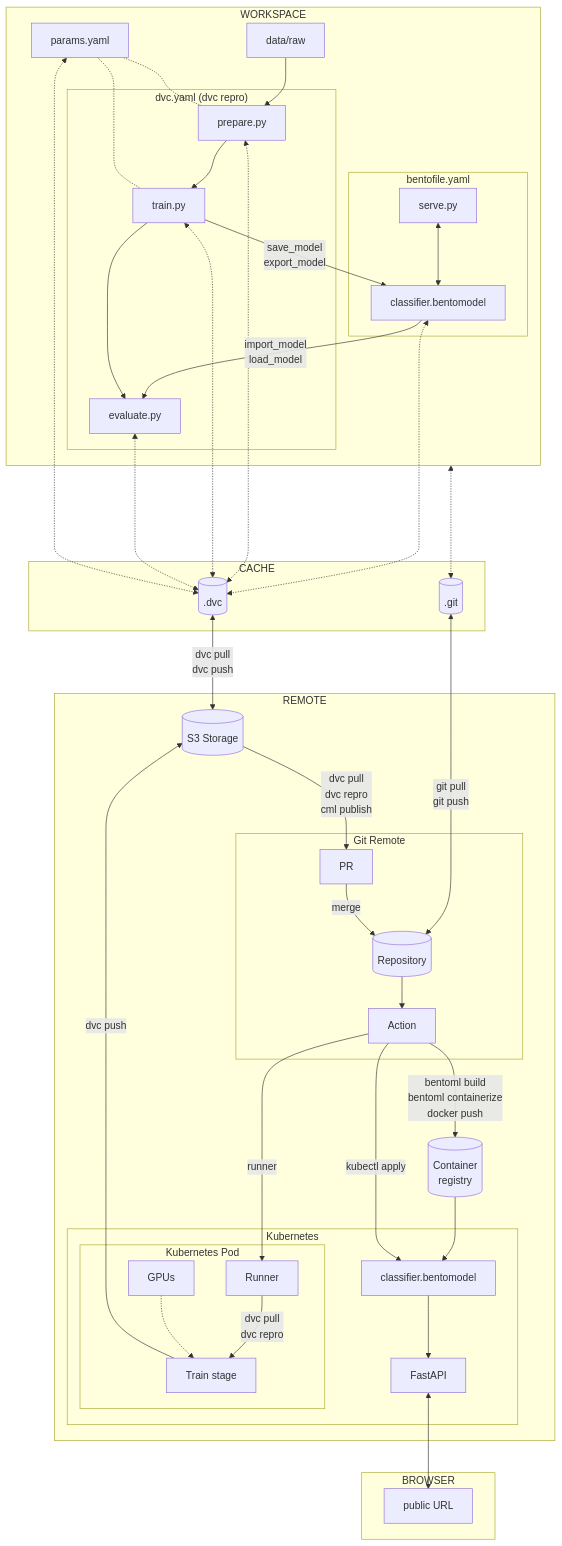
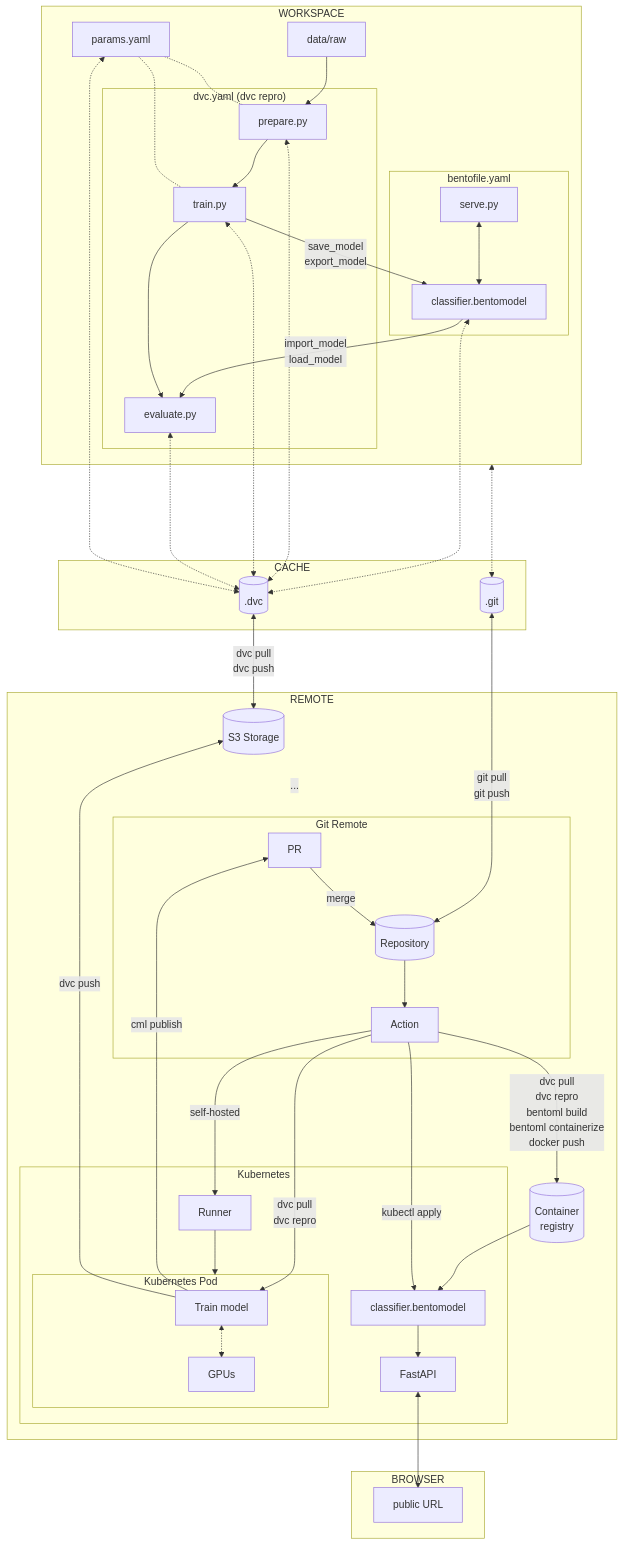
The diagram in docs/part-3-serve-and-deploy-the-model/conclusion.md (swiss-ai-center/a-guide-to-mlops), drawn with Mermaid before and after one commit. The commit also changed 5 other files, not shown here.

````diff
--- a/docs/part-3-serve-and-deploy-the-model/conclusion.md
+++ b/docs/part-3-serve-and-deploy-the-model/conclusion.md
@@ -18,69 +18,73 @@
 ```mermaid
-graph TB
+flowchart TB
     dot_dvc[(.dvc)] <-->|dvc pull
                          dvc push| s3_storage[(S3 Storage)]
     dot_git[(.git)] <-->|git pull
                          git push| repository[(Repository)]
     workspaceGraph <-....-> dot_git
     data[data/raw]
 
     subgraph cacheGraph[CACHE]
         dot_dvc
         dot_git
     end
 
     subgraph workspaceGraph[WORKSPACE]
         bento_model[classifier.bentomodel] <-.-> dot_dvc
         prepare[prepare.py] <-.-> dot_dvc
         train[train.py] <-.-> dot_dvc
         evaluate[evaluate.py] <-.-> dot_dvc
         data --> prepare
         bento_model --> |import_model
                          load_model|evaluate
         train --> |save_model
                    export_model|bento_model
         subgraph dvcGraph["dvc.yaml (dvc repro)"]
             prepare --> train
             train --> evaluate
         end
         params[params.yaml] -.- prepare
         params -.- train
         params <-.-> dot_dvc
         subgraph bentoGraph[bentofile.yaml]
             bento_model
             serve[serve.py] <--> bento_model
         end
     end
 
     subgraph remoteGraph[REMOTE]
         s3_storage
         subgraph gitGraph[Git Remote]
             repository[(Repository)] --> action[Action]
             request[PR] --> |merge|repository
         end
-        registry[(Container\nregistry)]
-        action --> |bentoml build
+        action --> |dvc pull
+                    dvc repro
+                    bentoml build
                     bentoml containerize
                     docker push|registry
-        s3_storage --> |dvc pull
-                        dvc repro
-                        cml publish|request
+        s3_storage -.- |...|request
         subgraph clusterGraph[Kubernetes]
             subgraph clusterPodGraph[Kubernetes Pod]
-                pod_runner[Runner] -->|dvc pull
-                                       dvc repro| pod_train[Train stage]
-                k8s_gpu[GPUs] -.-> pod_train
+                pod_train[Train model] <-.-> k8s_gpu[GPUs]
             end
+            pod_runner[Runner] --> clusterPodGraph
+            action -->|dvc pull
+                       dvc repro| pod_train
             bento_service_cluster[classifier.bentomodel] --> k8s_fastapi[FastAPI]
         end
-        action --> |runner|pod_runner
+        action --> |self-hosted|pod_runner
+        pod_train -->|cml publish| request
         pod_train -->|dvc push| s3_storage
+
         registry[(Container
                   registry)] --> bento_service_cluster
         action --> |kubectl apply|bento_service_cluster
     end
 
     subgraph browserGraph[BROWSER]
         k8s_fastapi <--> publicURL["public URL"]
     end
+
+    linkStyle 19 opacity:0.0
 ```
````
